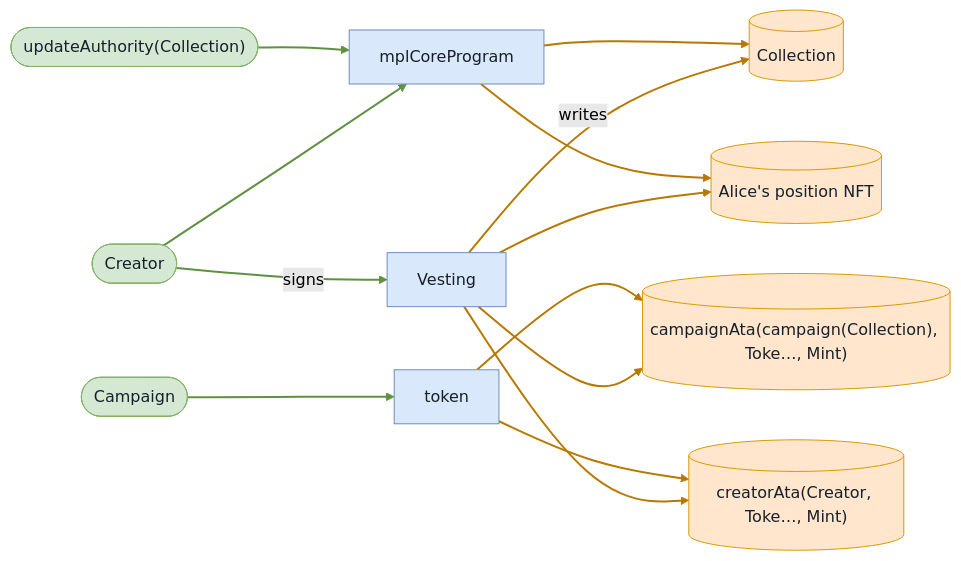
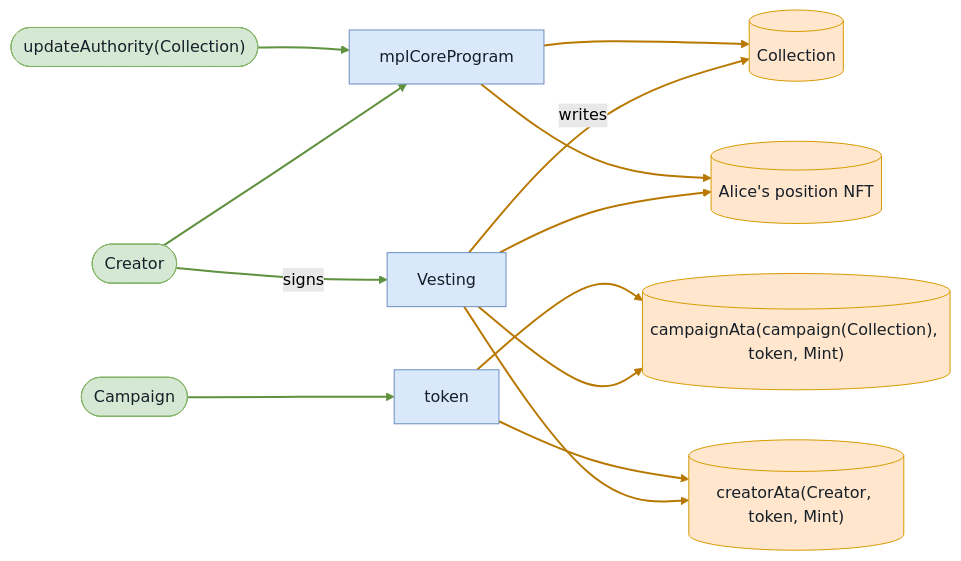
The eighth of 12 diagrams in babelfish-tests/test-report/vested_tokens_are_forfeited_past_the_grace_window.md (cds-turbin3/vesting-position), drawn with Mermaid (forest theme) before and after one commit. The commit also changed other lines of this file and 104 other files, not shown here.

````diff
--- a/babelfish-tests/test-report/vested_tokens_are_forfeited_past_the_grace_window.md
+++ b/babelfish-tests/test-report/vested_tokens_are_forfeited_past_the_grace_window.md
@@ -428,30 +428,30 @@
 ```mermaid
 flowchart LR
     Vesting["Vesting"]:::program
     Creator(["Creator"]):::signer
     Collection[("Collection")]:::state
     AlicespositionNFT[("Alice's position NFT")]:::state
-    campaignAtacampaignCollectionTokeMint[("campaignAta(campaign(Collection), Toke…, Mint)")]:::state
-    creatorAtaCreatorTokeMint[("creatorAta(Creator, Toke…, Mint)")]:::state
+    campaignAtacampaignCollectiontokenMint[("campaignAta(campaign(Collection), token, Mint)")]:::state
+    creatorAtaCreatortokenMint[("creatorAta(Creator, token, Mint)")]:::state
     mplCoreProgram["mplCoreProgram"]:::program
     updateAuthorityCollection(["updateAuthority(Collection)"]):::signer
     token["token"]:::program
     Campaign(["Campaign"]):::signer
     Creator -->|signs| Vesting
     Vesting -->|writes| Collection
     Vesting --> AlicespositionNFT
-    Vesting --> campaignAtacampaignCollectionTokeMint
-    Vesting --> creatorAtaCreatorTokeMint
+    Vesting --> campaignAtacampaignCollectiontokenMint
+    Vesting --> creatorAtaCreatortokenMint
     mplCoreProgram --> AlicespositionNFT
     mplCoreProgram --> Collection
     Creator --> mplCoreProgram
     updateAuthorityCollection --> mplCoreProgram
-    token --> campaignAtacampaignCollectionTokeMint
-    token --> creatorAtaCreatorTokeMint
+    token --> campaignAtacampaignCollectiontokenMint
+    token --> creatorAtaCreatortokenMint
     Campaign --> token
     classDef program fill:#dae8fc,stroke:#6c8ebf,color:#17202a;
     classDef signer fill:#d5e8d4,stroke:#82b366,color:#17202a;
     classDef state fill:#ffe6cc,stroke:#d79b00,color:#17202a;
     linkStyle 0,7,8,11 stroke:#5f913f,stroke-width:2px
     linkStyle 1,2,3,4,5,6,9,10 stroke:#b87800,stroke-width:2px
 ```
````
